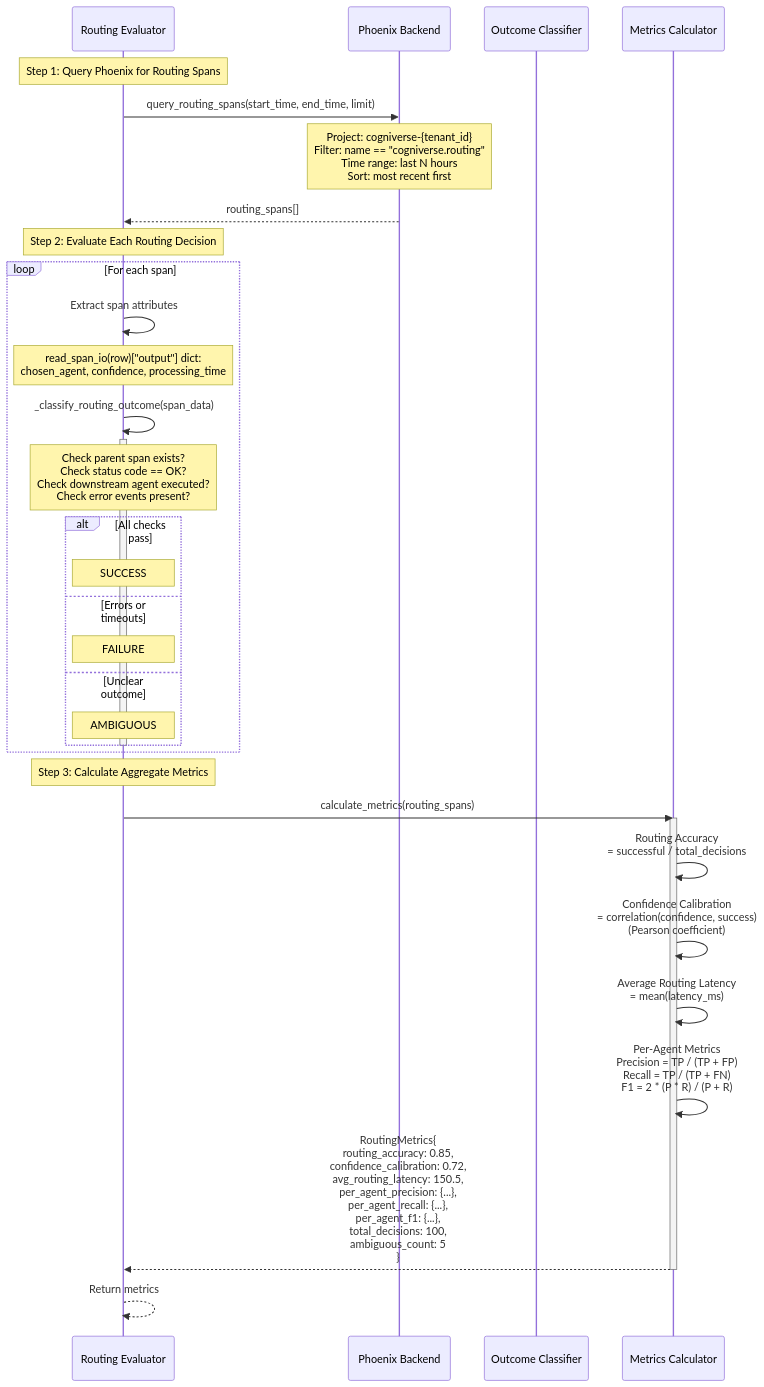
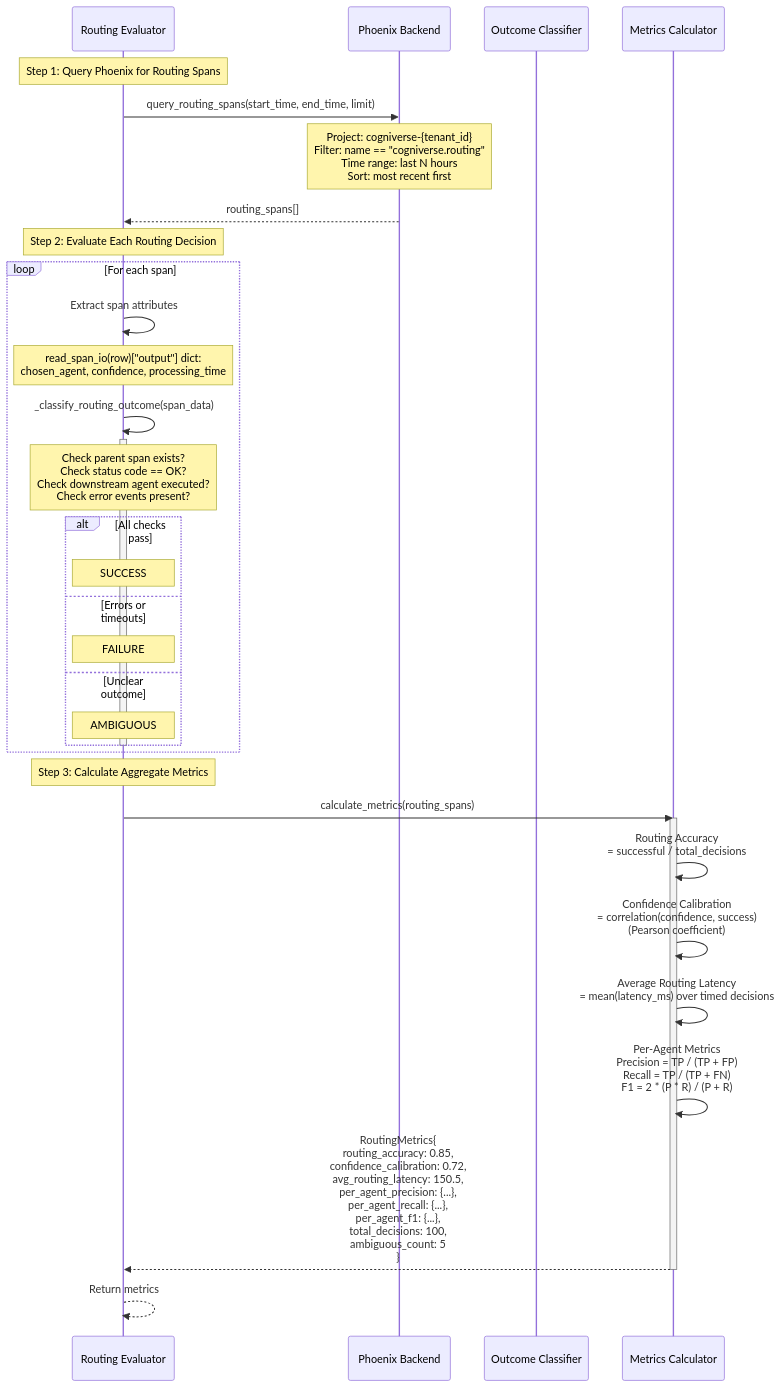
Before and after one commit to amit-jain/cogniverse: the second of 4 diagrams in docs/modules/evaluation.md, drawn with Mermaid. The commit also changed other lines of this file and 12 other files, not shown here.

````diff
--- a/docs/modules/evaluation.md
+++ b/docs/modules/evaluation.md
@@ -306,45 +306,45 @@
 ```mermaid
 sequenceDiagram
     participant Evaluator as Routing Evaluator
     participant Phoenix as Phoenix Backend
     participant Classifier as Outcome Classifier
     participant Calculator as Metrics Calculator
 
     Note over Evaluator: Step 1: Query Phoenix for Routing Spans
     Evaluator->>Phoenix: query_routing_spans(start_time, end_time, limit)
     Note over Phoenix: Project: cogniverse-{tenant_id}<br/>Filter: name == "cogniverse.routing"<br/>Time range: last N hours<br/>Sort: most recent first
     Phoenix-->>Evaluator: routing_spans[]
 
     Note over Evaluator: Step 2: Evaluate Each Routing Decision
     loop For each span
         Evaluator->>Evaluator: Extract span attributes
         Note over Evaluator: read_span_io(row)["output"] dict:<br/>chosen_agent, confidence, processing_time
 
         Evaluator->>Evaluator: _classify_routing_outcome(span_data)
         activate Evaluator
         Note over Evaluator: Check parent span exists?<br/>Check status code == OK?<br/>Check downstream agent executed?<br/>Check error events present?
 
         alt All checks pass
             Note over Evaluator: SUCCESS
         else Errors or timeouts
             Note over Evaluator: FAILURE
         else Unclear outcome
             Note over Evaluator: AMBIGUOUS
         end
         deactivate Evaluator
     end
 
     Note over Evaluator: Step 3: Calculate Aggregate Metrics
     Evaluator->>Calculator: calculate_metrics(routing_spans)
     activate Calculator
 
     Calculator->>Calculator: Routing Accuracy<br/>= successful / total_decisions
     Calculator->>Calculator: Confidence Calibration<br/>= correlation(confidence, success)<br/>(Pearson coefficient)
-    Calculator->>Calculator: Average Routing Latency<br/>= mean(latency_ms)
+    Calculator->>Calculator: Average Routing Latency<br/>= mean(latency_ms) over timed decisions
     Calculator->>Calculator: Per-Agent Metrics<br/>Precision = TP / (TP + FP)<br/>Recall = TP / (TP + FN)<br/>F1 = 2 * (P * R) / (P + R)
 
     Calculator-->>Evaluator: RoutingMetrics{<br/>routing_accuracy: 0.85,<br/>confidence_calibration: 0.72,<br/>avg_routing_latency: 150.5,<br/>per_agent_precision: {...},<br/>per_agent_recall: {...},<br/>per_agent_f1: {...},<br/>total_decisions: 100,<br/>ambiguous_count: 5<br/>}
     deactivate Calculator
 
     Evaluator-->>Evaluator: Return metrics
 ```
````
